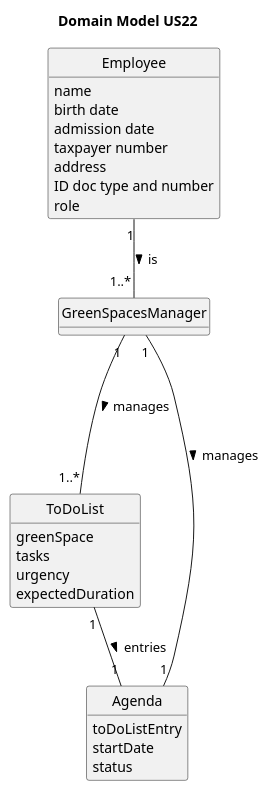
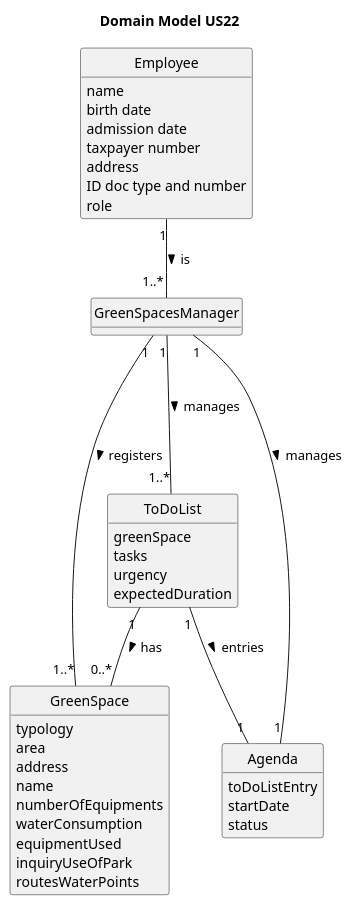
One commit to LopemigueISEP/lei-24-s2-1nb-g312 changed the diagram in docs/sprintC/US022/02.analysis/puml/us22-domain-model.puml. Above: the diagram before and after it, drawn with PlantUML. The commit also changed 4 other files, not shown here.

```diff
--- a/docs/sprintC/US022/02.analysis/puml/us22-domain-model.puml
+++ b/docs/sprintC/US022/02.analysis/puml/us22-domain-model.puml
@@ -1,48 +1,61 @@
 @startuml
 skinparam monochrome true
 skinparam packageStyle rectangle
 skinparam shadowing false
 
 'left to right direction
 
 skinparam classAttributeIconSize 0
 
 hide circle
 hide methods
 
 title Domain Model US22
 
 
 class Employee {
     name
     birth date
     contact (email/phone)
     admission date
     taxpayer number
     address
     ID doc type and number
     role
 }
 
 class GreenSpacesManager{
 
 }
 
 class ToDoList{
     greenSpace
     tasks
     urgency
     expectedDuration
 }
-
+class GreenSpace {
+    typology
+    area
+    address
+    name
+    numberOfEquipments
+    waterConsumption
+    equipmentUsed
+    inquiryUseOfPark
+    routesWaterPoints
+}
 class Agenda {
     toDoListEntry
     startDate
     status
 }
 Employee "1" -- "1..*" GreenSpacesManager : is >
 GreenSpacesManager "1" --- "1..*" ToDoList : manages >
 GreenSpacesManager "1" -- "1" Agenda : manages >
 ToDoList "1" -- "1" Agenda : entries >
+GreenSpacesManager "1" -- "1..*" GreenSpace : registers >
+ToDoList "1" -- "0..*" GreenSpace : has >
+
 
 @enduml
```
